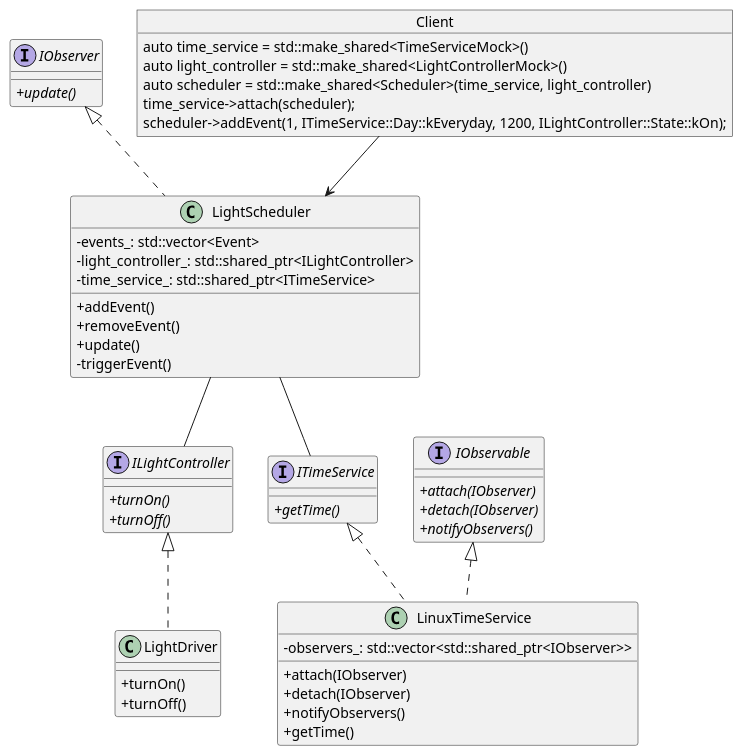
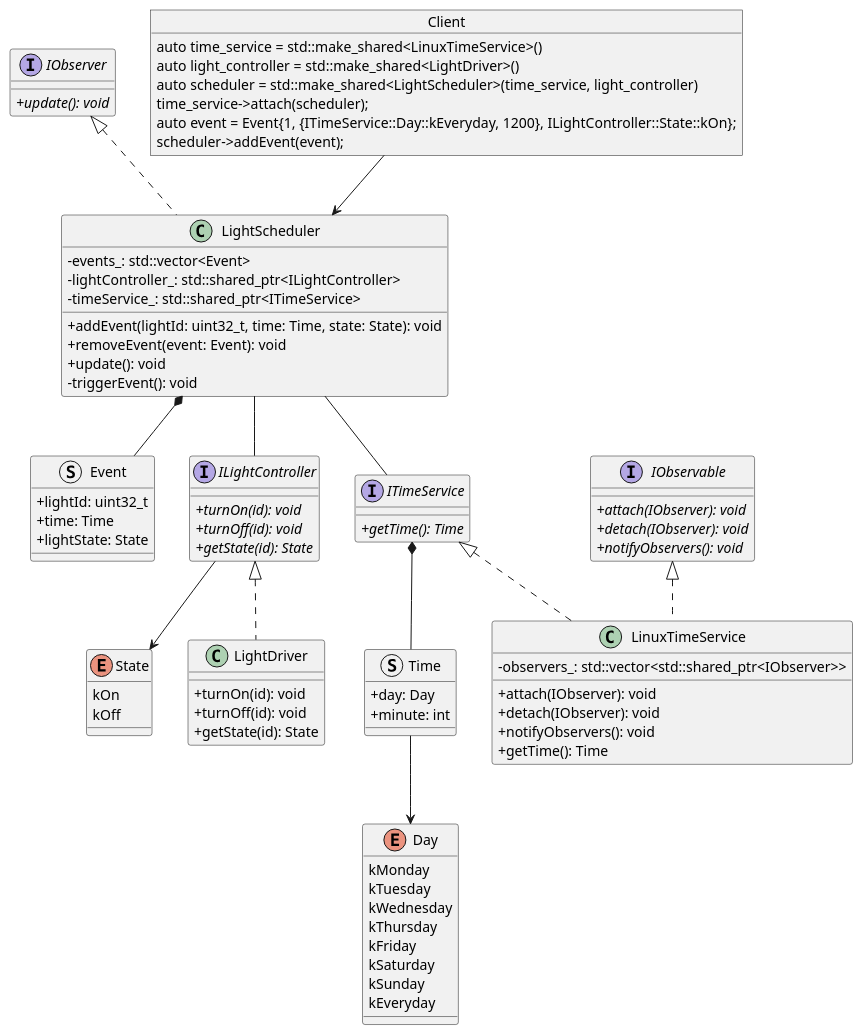
The diagram in 3-home_automation/docs/home_automation.puml (shalex88/tdd-tutorial), drawn with PlantUML before and after one commit. The commit also changed 1 other file, not shown here.

Commit message:
Update test plan and uml

```diff
--- a/3-home_automation/docs/home_automation.puml
+++ b/3-home_automation/docs/home_automation.puml
@@ -1,59 +1,96 @@
 @startuml
 'https://plantuml.com/class-diagram
 skinparam classAttributeIconSize 0
 
 interface IObserver {
-    +{abstract}update()
+    +{abstract} update(): void
 }
 
 interface IObservable {
-    +{abstract}attach(IObserver)
-    +{abstract}detach(IObserver)
-    +{abstract}notifyObservers()
+    +{abstract} attach(IObserver): void
+    +{abstract} detach(IObserver): void
+    +{abstract} notifyObservers(): void
+}
+
+struct Event {
+    +lightId: uint32_t
+    +time: Time
+    +lightState: State
+}
+
+interface ILightController {
+    +{abstract} turnOn(id): void
+    +{abstract} turnOff(id): void
+    +{abstract} getState(id): State
+}
+
+enum Day {
+    kMonday
+    kTuesday
+    kWednesday
+    kThursday
+    kFriday
+    kSaturday
+    kSunday
+    kEveryday
+}
+
+struct Time {
+    +day: Day
+    +minute: int
+}
+
+interface ITimeService {
+    +{abstract} getTime(): Time
 }
 
 class LightScheduler implements IObserver {
     -events_: std::vector<Event>
-    -light_controller_: std::shared_ptr<ILightController>
-    -time_service_: std::shared_ptr<ITimeService>
-    +addEvent()
-    +removeEvent()
-    +update()
-    -triggerEvent()
-}
-
-object Client {
-    auto time_service = std::make_shared<TimeServiceMock>()
-    auto light_controller = std::make_shared<LightControllerMock>()
-    auto scheduler = std::make_shared<Scheduler>(time_service, light_controller)
-    time_service->attach(scheduler);
-    scheduler->addEvent(1, ITimeService::Day::kEveryday, 1200, ILightController::State::kOn);
-}
-
-interface ILightController {
-    +{abstract}turnOn()
-    +{abstract}turnOff()
-}
-
-interface ITimeService {
-    +{abstract}getTime()
-}
-
-class LightDriver implements ILightController {
-    +turnOn()
-    +turnOff()
+    -lightController_: std::shared_ptr<ILightController>
+    -timeService_: std::shared_ptr<ITimeService>
+    +addEvent(lightId: uint32_t, time: Time, state: State): void
+    +removeEvent(event: Event): void
+    +update(): void
+    -triggerEvent(): void
 }
 
 class LinuxTimeService implements ITimeService, IObservable {
     -observers_: std::vector<std::shared_ptr<IObserver>>
-    +attach(IObserver)
-    +detach(IObserver)
-    +notifyObservers()
-    +getTime()
+    +attach(IObserver): void
+    +detach(IObserver): void
+    +notifyObservers(): void
+    +getTime(): Time
+}
+
+enum State {
+    kOn
+    kOff
+}
+
+class LightDriver implements ILightController {
+    +turnOn(id): void
+    +turnOff(id): void
+    +getState(id): State
+}
+
+object Client {
+    auto time_service = std::make_shared<LinuxTimeService>()
+    auto light_controller = std::make_shared<LightDriver>()
+    auto scheduler = std::make_shared<LightScheduler>(time_service, light_controller)
+    time_service->attach(scheduler);
+    auto event = Event{1, {ITimeService::Day::kEveryday, 1200}, ILightController::State::kOn};
+    scheduler->addEvent(event);
 }
 
 Client --> LightScheduler
+
+LightScheduler *-- Event
 LightScheduler -- ILightController
 LightScheduler -- ITimeService
 
+Time --> Day
+ITimeService *-- Time
+
+ILightController --> State
+
 @enduml
```
